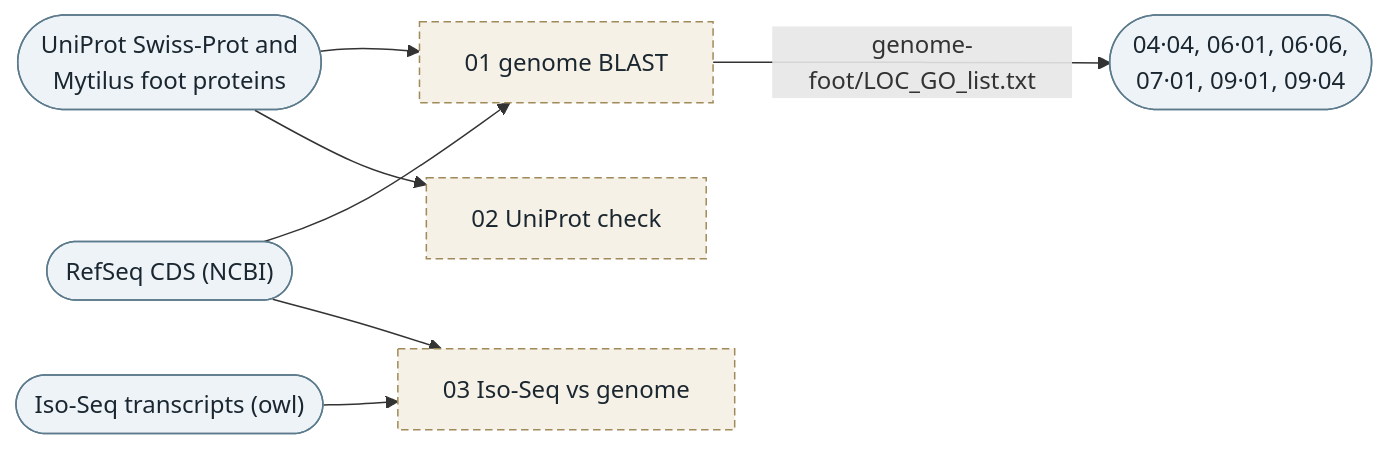
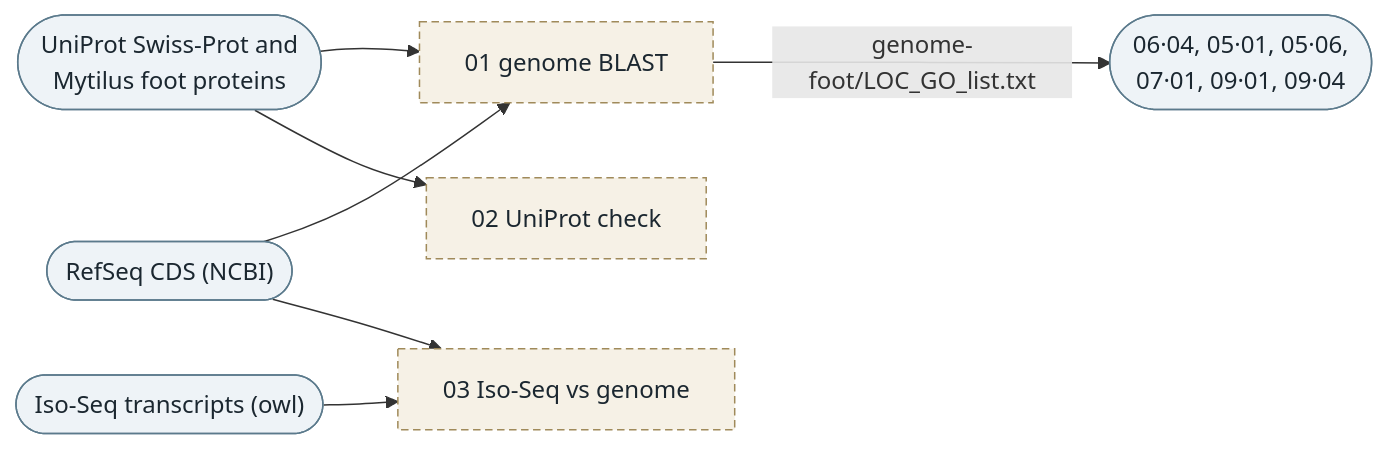
The third of 9 diagrams in README.md (mattgeorgephd/PSMFC-mytilus-byssus-pilot), drawn with Mermaid before and after one commit. The commit also changed other lines of this file and 1273 other files, not shown here.

````diff
--- a/README.md
+++ b/README.md
@@ -212,19 +225,19 @@
 ```mermaid
 flowchart LR
   ncbi(["RefSeq CDS (NCBI)"])
   uni(["UniProt Swiss-Prot and<br>Mytilus foot proteins"])
   iso(["Iso-Seq transcripts (owl)"])
   b1["01 genome BLAST"]
   b2["02 UniProt check"]
   b3["03 Iso-Seq vs genome"]
   ncbi --> b1
   uni --> b1
   uni --> b2
   iso --> b3
   ncbi --> b3
-  b1 -- "genome-foot/LOC_GO_list.txt" --> out(["04·04, 06·01, 06·06,<br>07·01, 09·01, 09·04"])
+  b1 -- "genome-foot/LOC_GO_list.txt" --> out(["06·04, 05·01, 05·06,<br>07·01, 09·01, 09·04"])
   classDef ext fill:#eef3f7,stroke:#5b7a8c,color:#1b2730
   classDef off fill:#f6f1e6,stroke:#a08a5a,stroke-dasharray:5 3,color:#1b2730
   class ncbi,uni,iso,out ext
   class b1,b2,b3 off
 ```
````
